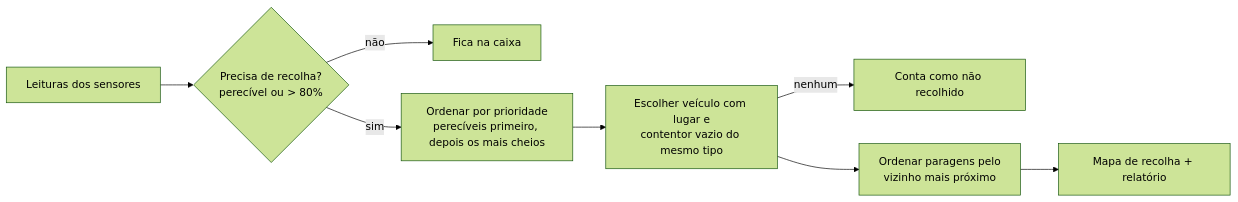
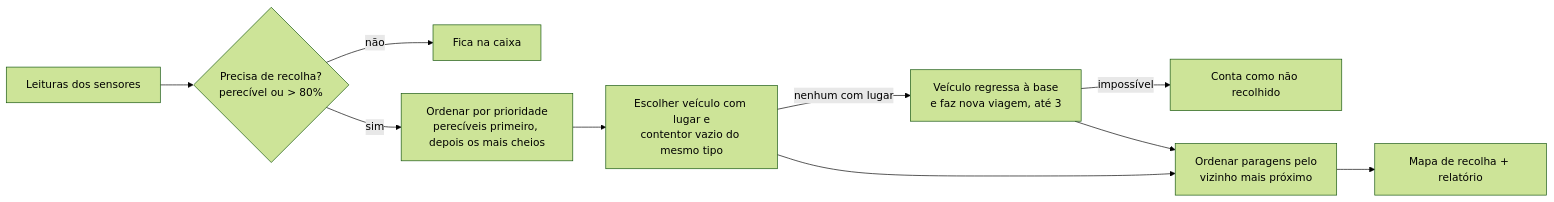
Before and after one commit to fmpoliveira05-jpg/recolha-bens-essenciais: the diagram in README.md, drawn with Mermaid (forest theme). The commit also changed other lines of this file and 3 other files, not shown here.

````diff
--- a/README.md
+++ b/README.md
@@ -31,10 +31,12 @@
 ```mermaid
 flowchart LR
     A[Leituras dos sensores] --> B{Precisa de recolha?<br/>perecível ou > 80%}
     B -- não --> X[Fica na caixa]
     B -- sim --> C[Ordenar por prioridade<br/>perecíveis primeiro, depois os mais cheios]
     C --> D[Escolher veículo com lugar e<br/>contentor vazio do mesmo tipo]
-    D -- nenhum --> Y[Conta como não recolhido]
+    D -- nenhum com lugar --> G[Veículo regressa à base<br/>e faz nova viagem, até 3]
+    G -- impossível --> Y[Conta como não recolhido]
+    G --> E
     D --> E[Ordenar paragens pelo<br/>vizinho mais próximo]
     E --> F[Mapa de recolha + relatório]
 ```
````
